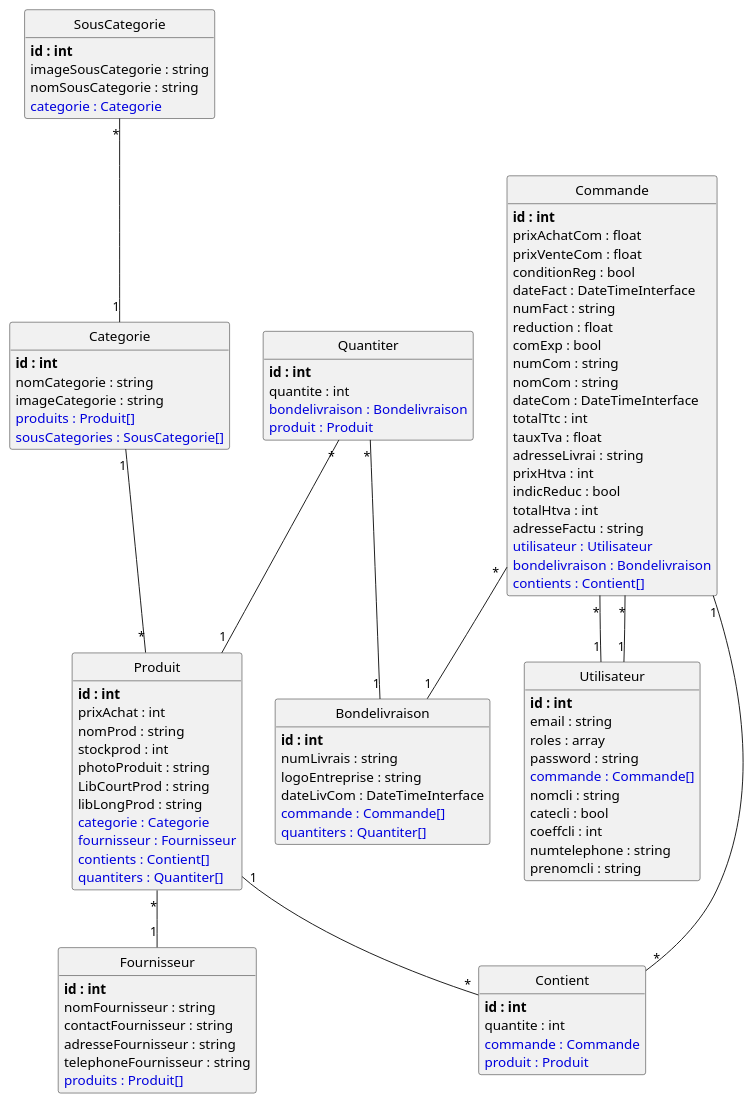
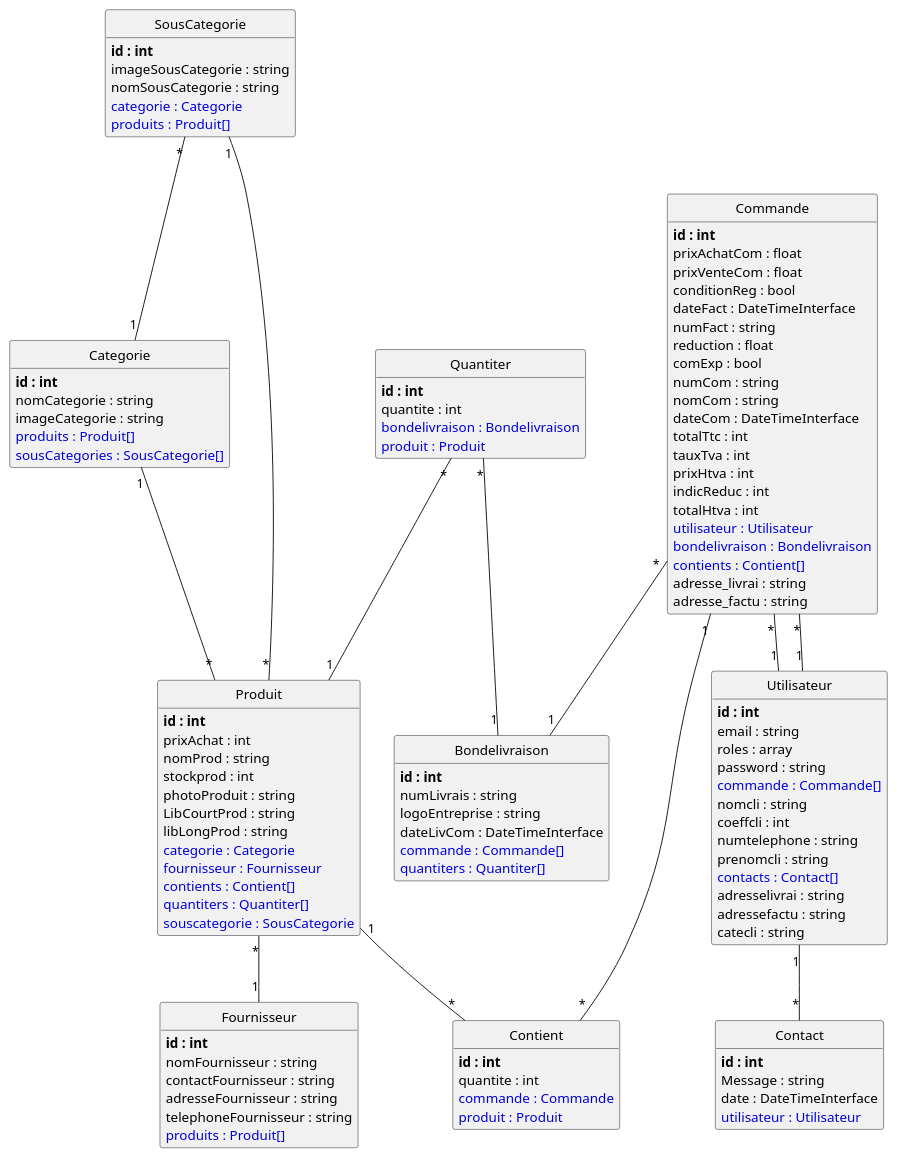
One commit to samirb80440/CDA changed the diagram in CDA/fil rouge/Villagegreen/puml/index.puml. Above: the diagram before and after it, drawn with PlantUML. The commit also changed 3 other files, not shown here.

```diff
--- a/CDA/fil rouge/Villagegreen/puml/index.puml
+++ b/CDA/fil rouge/Villagegreen/puml/index.puml
@@ -1,116 +1,130 @@
 @startuml
 class SousCategorie {
 	**id : int**
 	imageSousCategorie : string
 	nomSousCategorie : string
 	<color:#0000dd>categorie : Categorie</color>
+	<color:#0000dd>produits : Produit[]</color>
 }
 
 class Commande {
 	**id : int**
 	prixAchatCom : float
 	prixVenteCom : float
 	conditionReg : bool
 	dateFact : DateTimeInterface
 	numFact : string
 	reduction : float
 	comExp : bool
 	numCom : string
 	nomCom : string
 	dateCom : DateTimeInterface
 	totalTtc : int
-	tauxTva : float
-	adresseLivrai : string
+	tauxTva : int
 	prixHtva : int
-	indicReduc : bool
+	indicReduc : int
 	totalHtva : int
-	adresseFactu : string
 	<color:#0000dd>utilisateur : Utilisateur</color>
 	<color:#0000dd>bondelivraison : Bondelivraison</color>
 	<color:#0000dd>contients : Contient[]</color>
+	adresse_livrai : string
+	adresse_factu : string
 }
 
 class Quantiter {
 	**id : int**
 	quantite : int
 	<color:#0000dd>bondelivraison : Bondelivraison</color>
 	<color:#0000dd>produit : Produit</color>
 }
 
 class Categorie {
 	**id : int**
 	nomCategorie : string
 	imageCategorie : string
 	<color:#0000dd>produits : Produit[]</color>
 	<color:#0000dd>sousCategories : SousCategorie[]</color>
 }
 
 class Utilisateur {
 	**id : int**
 	email : string
 	roles : array
 	password : string
 	<color:#0000dd>commande : Commande[]</color>
 	nomcli : string
-	catecli : bool
 	coeffcli : int
 	numtelephone : string
 	prenomcli : string
+	<color:#0000dd>contacts : Contact[]</color>
+	adresselivrai : string
+	adressefactu : string
+	catecli : string
 }
 
 class Produit {
 	**id : int**
 	prixAchat : int
 	nomProd : string
 	stockprod : int
 	photoProduit : string
 	LibCourtProd : string
 	libLongProd : string
 	<color:#0000dd>categorie : Categorie</color>
 	<color:#0000dd>fournisseur : Fournisseur</color>
 	<color:#0000dd>contients : Contient[]</color>
 	<color:#0000dd>quantiters : Quantiter[]</color>
+	<color:#0000dd>souscategorie : SousCategorie</color>
 }
 
 class Bondelivraison {
 	**id : int**
 	numLivrais : string
 	logoEntreprise : string
 	dateLivCom : DateTimeInterface
 	<color:#0000dd>commande : Commande[]</color>
 	<color:#0000dd>quantiters : Quantiter[]</color>
 }
 
 class Fournisseur {
 	**id : int**
 	nomFournisseur : string
 	contactFournisseur : string
 	adresseFournisseur : string
 	telephoneFournisseur : string
 	<color:#0000dd>produits : Produit[]</color>
 }
 
 class Contient {
 	**id : int**
 	quantite : int
 	<color:#0000dd>commande : Commande</color>
 	<color:#0000dd>produit : Produit</color>
 }
 
+class Contact {
+	**id : int**
+	Message : string
+	date : DateTimeInterface
+	<color:#0000dd>utilisateur : Utilisateur</color>
+}
+
 SousCategorie "*"--"1" Categorie
+SousCategorie "1"--"*" Produit
 Commande "*"--"1" Utilisateur
 Commande "*"--"1" Bondelivraison
 Commande "1"--"*" Contient
 Quantiter "*"--"1" Bondelivraison
 Quantiter "*"--"1" Produit
 Categorie "1"--"*" Produit
 Utilisateur "1"--"*" Commande
+Utilisateur "1"--"*" Contact
 Produit "*"--"1" Fournisseur
 Produit "1"--"*" Contient
 
 
 hide methods
 
 hide circle
 
 @enduml
```
